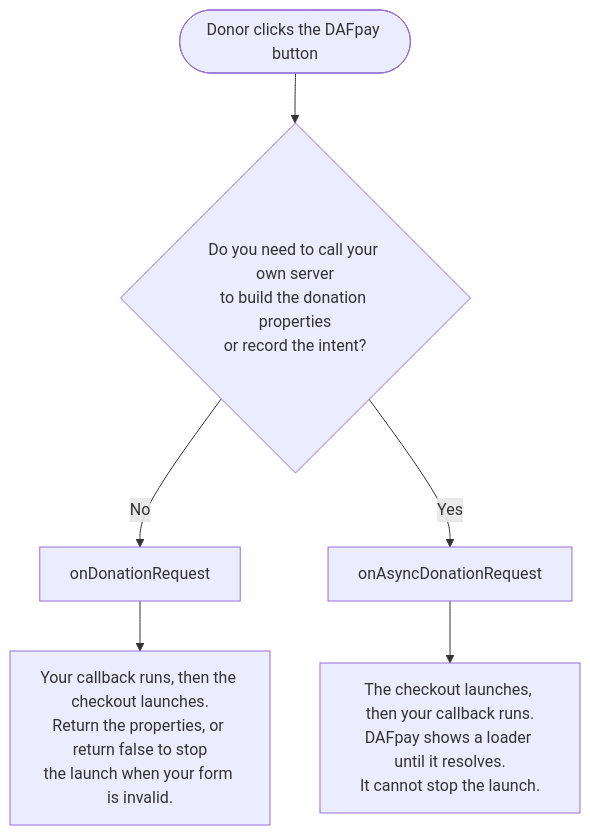
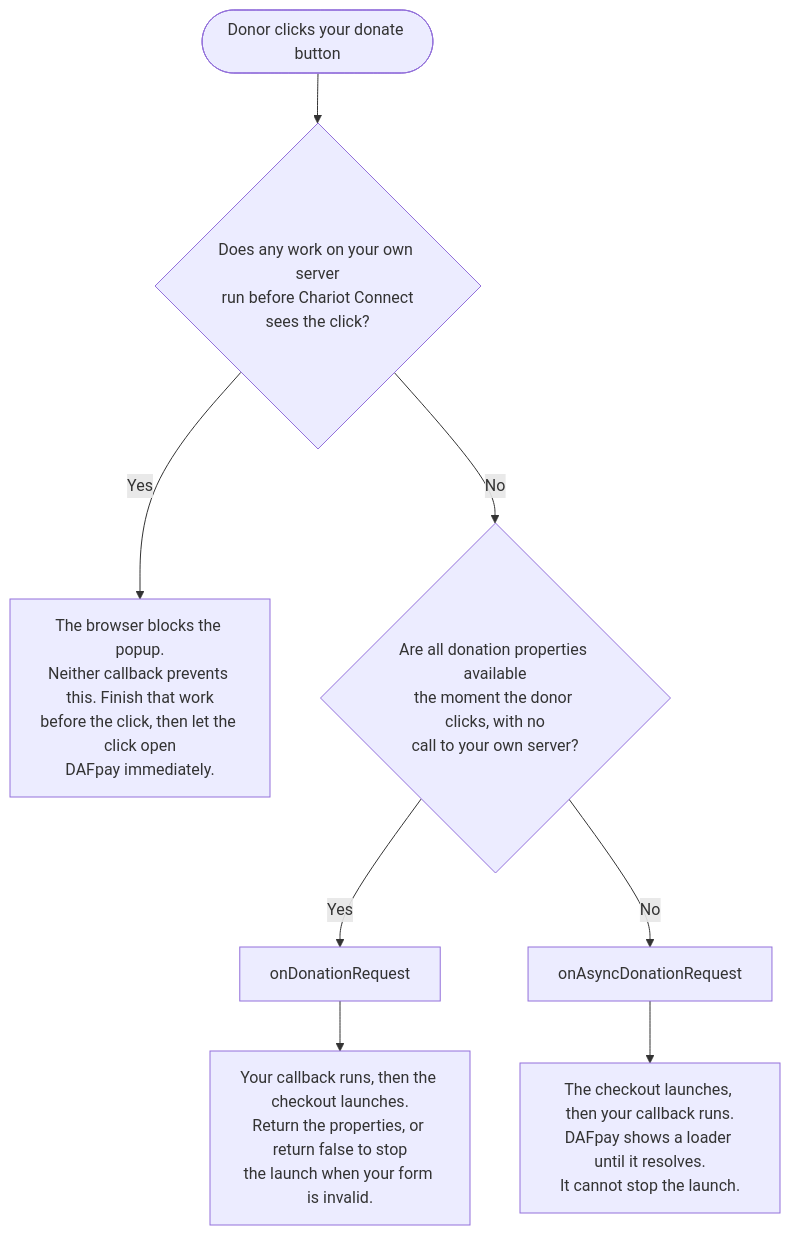
The diagram in fern/versions/v2026-04-01/pages/dafpay/accept/adding-dafpay.mdx (chariot-giving/chariot-openapi), drawn with Mermaid before and after one commit.

Commit message:
docs(dafpay): add the blocked-popup path to the callback diagram
The chart answered which callback to use but not the question its own
section asks. The first branch is now the case neither callback protects:
work on your own server running before Chariot Connect sees the click.

The second branch also now carries both halves of the condition, that the
properties are available at click time and that no server call is needed,
rather than only the server call.

````diff
--- a/fern/versions/v2026-04-01/pages/dafpay/accept/adding-dafpay.mdx
+++ b/fern/versions/v2026-04-01/pages/dafpay/accept/adding-dafpay.mdx
@@ -122,8 +122,10 @@
 ```mermaid
 flowchart TD
-    A(["Donor clicks the DAFpay button"]) --> B{"Do you need to call your own server<br/>to build the donation properties<br/>or record the intent?"}
-    B -->|No| C["onDonationRequest"]
-    B -->|Yes| D["onAsyncDonationRequest"]
-    C --> C1["Your callback runs, then the checkout launches.<br/>Return the properties, or return false to stop<br/>the launch when your form is invalid."]
-    D --> D1["The checkout launches, then your callback runs.<br/>DAFpay shows a loader until it resolves.<br/>It cannot stop the launch."]
+    A(["Donor clicks your donate button"]) --> B{"Does any work on your own server<br/>run before Chariot Connect<br/>sees the click?"}
+    B -->|Yes| X["The browser blocks the popup.<br/>Neither callback prevents this. Finish that work<br/>before the click, then let the click open<br/>DAFpay immediately."]
+    B -->|No| C{"Are all donation properties available<br/>the moment the donor clicks, with no<br/>call to your own server?"}
+    C -->|Yes| D["onDonationRequest"]
+    C -->|No| E["onAsyncDonationRequest"]
+    D --> D1["Your callback runs, then the checkout launches.<br/>Return the properties, or return false to stop<br/>the launch when your form is invalid."]
+    E --> E1["The checkout launches, then your callback runs.<br/>DAFpay shows a loader until it resolves.<br/>It cannot stop the launch."]
 ```
````
